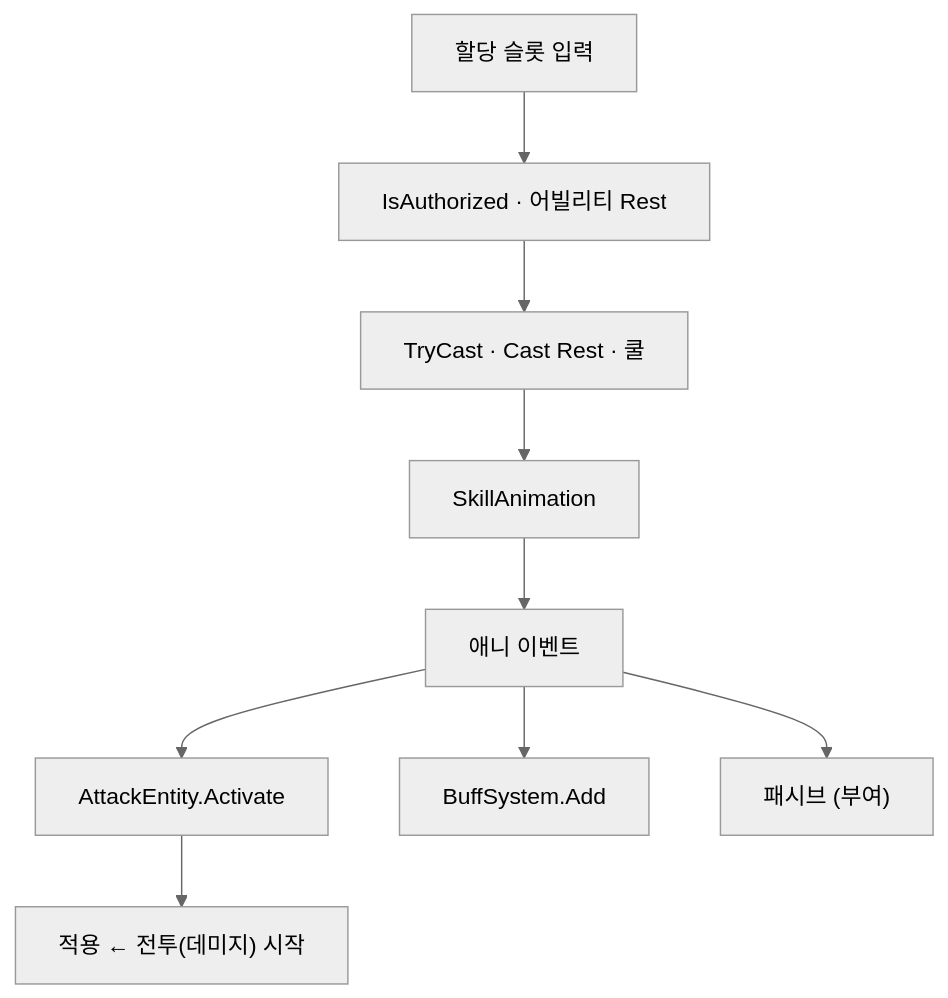
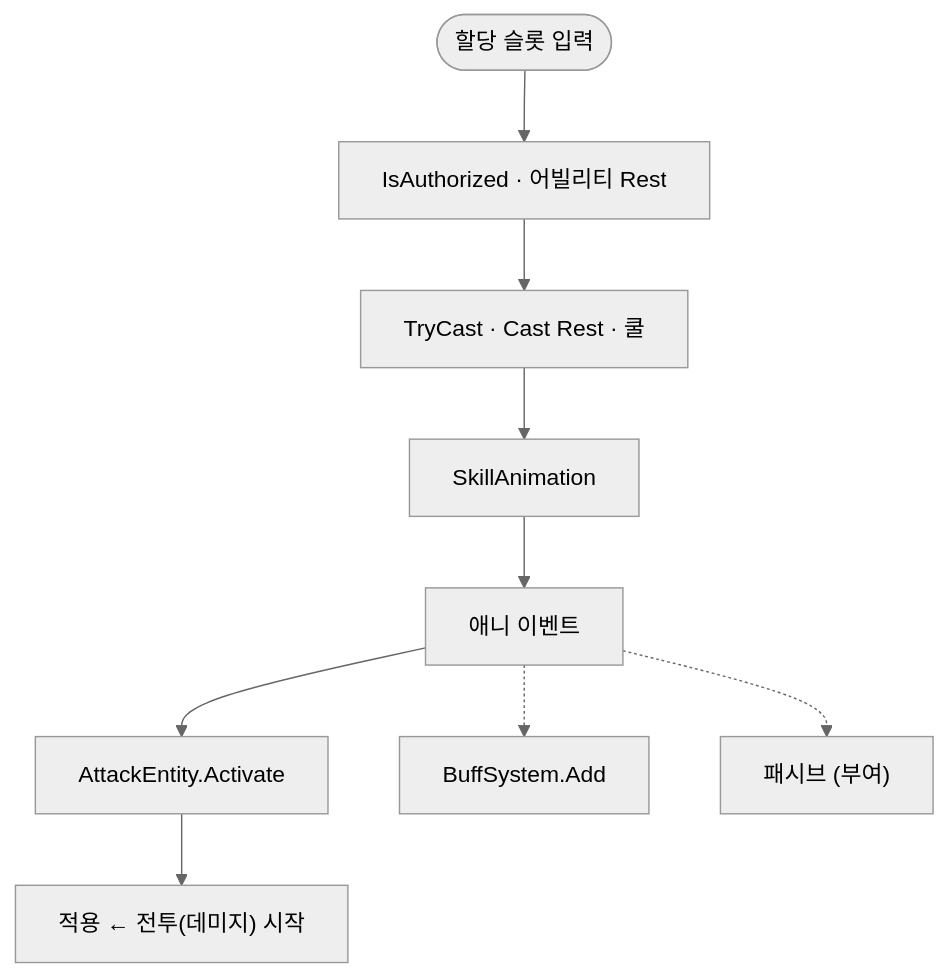
One commit to monet5379/monet5379.github.io changed the diagram in notes/dragon-combat-skill-bridge.md. Above: the diagram before and after it, drawn with Mermaid (neutral theme). The commit also changed 7 other files, not shown here.

Commit message:
fix(notes): dragon-combat How Mermaid visual contract

````diff
--- a/notes/dragon-combat-skill-bridge.md
+++ b/notes/dragon-combat-skill-bridge.md
@@ -42,11 +42,12 @@
 ```mermaid
 flowchart TD
-  IN["할당 슬롯 입력"] --> AUTH["IsAuthorized · 어빌리티 Rest"]
+  IN(["할당 슬롯 입력"])
+  IN --> AUTH["IsAuthorized · 어빌리티 Rest"]
   AUTH --> CAST["TryCast · Cast Rest · 쿨"]
   CAST --> ANIM["SkillAnimation"]
   ANIM --> EV["애니 이벤트"]
   EV --> AT["AttackEntity.Activate"]
-  EV --> BF["BuffSystem.Add"]
-  EV --> PS["패시브 (부여)"]
+  EV -.-> BF["BuffSystem.Add"]
+  EV -.-> PS["패시브 (부여)"]
   AT --> CUT["적용 ← 전투(데미지) 시작"]
 ```
````
